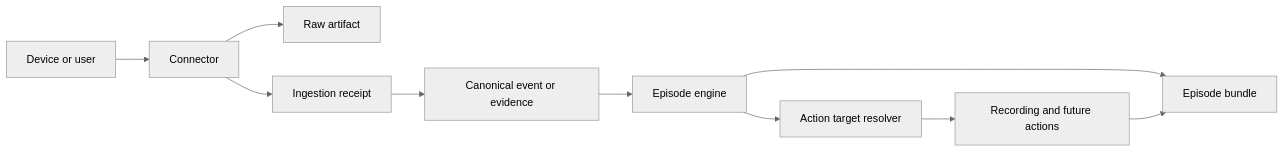
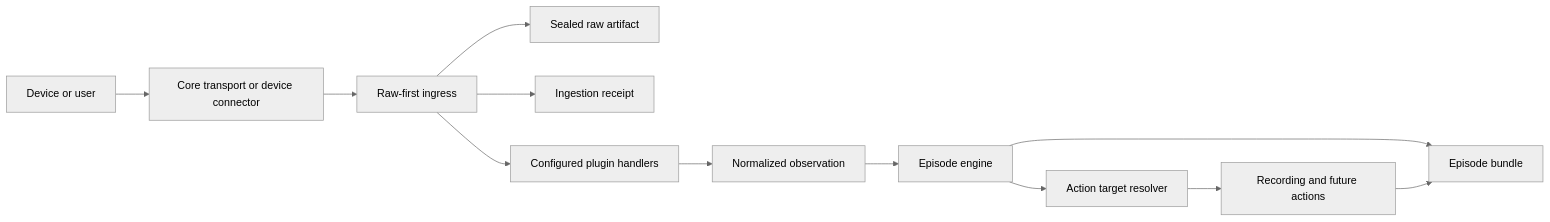
The diagram in docs/ARCHITECTURE.md (OpenEpisode/episode), drawn with Mermaid (neutral theme) before and after one commit. The commit also changed other lines of this file and 39 other files, not shown here.

Commit message:
feat: introduce raw-first plugin ingress

````diff
--- a/docs/ARCHITECTURE.md
+++ b/docs/ARCHITECTURE.md
@@ -9,12 +10,14 @@
 ```mermaid
 flowchart LR
-    Device[Device or user] --> Connector[Connector]
-    Connector --> Artifact[Raw artifact]
-    Connector --> Receipt[Ingestion receipt]
-    Receipt --> Canonical[Canonical event or evidence]
+    Device[Device or user] --> Transport[Core transport or device connector]
+    Transport --> Ingress[Raw-first ingress]
+    Ingress --> Artifact[Sealed raw artifact]
+    Ingress --> Receipt[Ingestion receipt]
+    Ingress --> Router[Configured plugin handlers]
+    Router --> Canonical[Normalized observation]
     Canonical --> Engine[Episode engine]
     Engine --> Bundle[Episode bundle]
     Engine --> Targets[Action target resolver]
     Targets --> Action[Recording and future actions]
     Action --> Bundle
 ```
````
